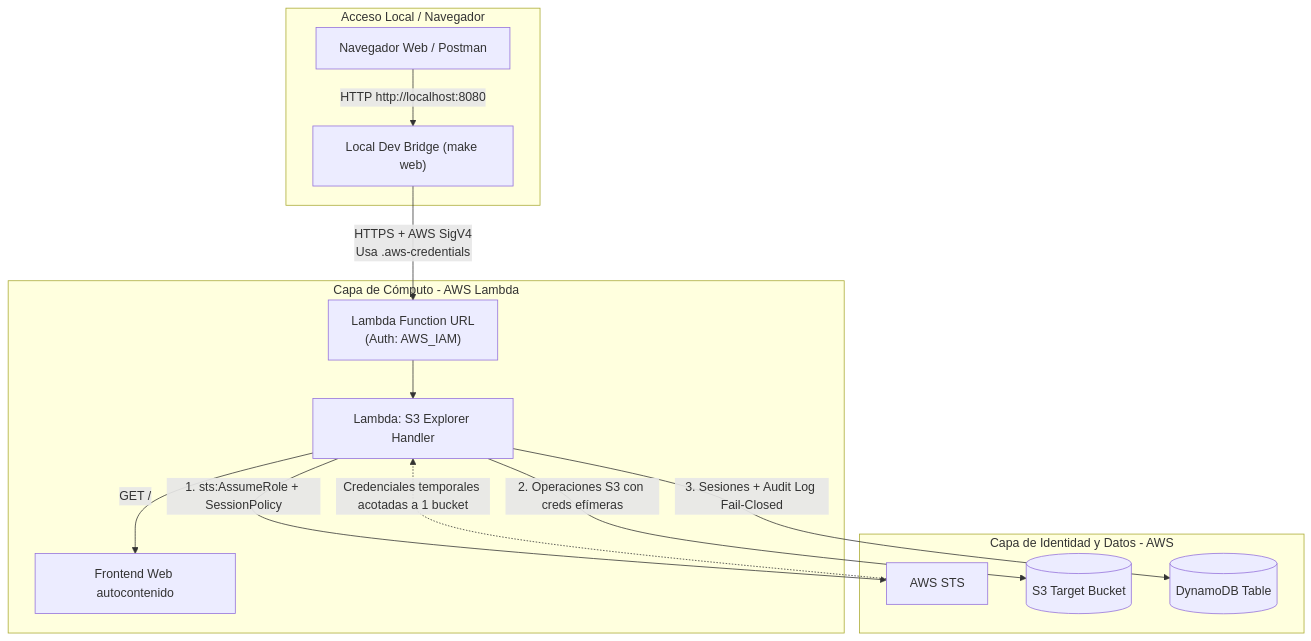
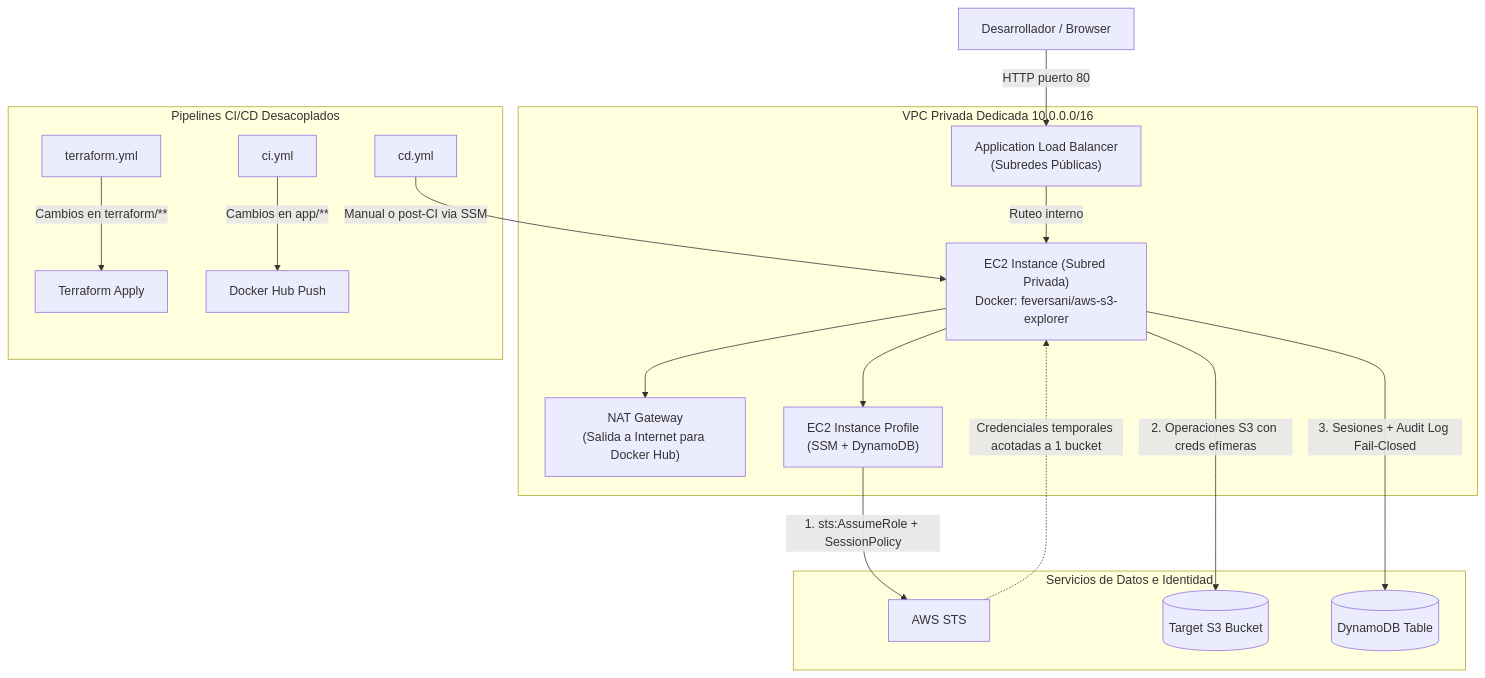
Before and after one commit to feversani-labs/aws-s3-explorer: the diagram in README.md, drawn with Mermaid. The commit also changed other lines of this file and 24 other files, not shown here.

First line of the commit message:
feat: Add Application Load Balancer and EC2 instance for S3 Explorer

````diff
--- a/README.md
+++ b/README.md
@@ -29,20 +23,23 @@
 ```mermaid
 flowchart TB
-    subgraph LocalDev [Acceso Local / Navegador]
-        Browser[Navegador Web / Postman] -->|HTTP http://localhost:8080| DevProxy["Local Dev Bridge (make web)"]
+    Dev[Desarrollador / Browser] -->|HTTP puerto 80| ALB["Application Load Balancer<br>(Subredes Públicas)"]
+    
+    subgraph VPC [VPC Privada Dedicada 10.0.0.0/16]
+        ALB -->|Ruteo interno| EC2["EC2 Instance (Subred Privada)<br>Docker: feversani/aws-s3-explorer"]
+        EC2 --> NAT["NAT Gateway<br>(Salida a Internet para Docker Hub)"]
+        EC2 --> IMDS["EC2 Instance Profile<br>(SSM + DynamoDB)"]
     end
 
-    DevProxy -->|HTTPS + AWS SigV4<br>Usa .aws-credentials| APIGW["Lambda Function URL<br>(Auth: AWS_IAM)"]
-    
-    subgraph ComputeLayer [Capa de Cómputo - AWS Lambda]
-        APIGW --> Lambda["Lambda: S3 Explorer Handler"]
-        Lambda -->|GET /| UI["Frontend Web autocontenido"]
+    subgraph AWS_Services [Servicios de Datos e Identidad]
+        IMDS -->|1. sts:AssumeRole + SessionPolicy| STS[AWS STS]
+        STS -.->|Credenciales temporales acotadas a 1 bucket| EC2
+        EC2 -->|2. Operaciones S3 con creds efímeras| S3[(Target S3 Bucket)]
+        EC2 -->|3. Sesiones + Audit Log Fail-Closed| DDB[(DynamoDB Table)]
     end
 
-    subgraph IdentityAndData [Capa de Identidad y Datos - AWS]
-        Lambda -->|1. sts:AssumeRole + SessionPolicy| STS[AWS STS]
-        STS -.->|Credenciales temporales acotadas a 1 bucket| Lambda
-        Lambda -->|2. Operaciones S3 con creds efímeras| S3[(S3 Target Bucket)]
-        Lambda -->|3. Sesiones + Audit Log Fail-Closed| DDB[(DynamoDB Table)]
+    subgraph Pipelines [Pipelines CI/CD Desacoplados]
+        GHA1["terraform.yml"] -->|Cambios en terraform/**| TF["Terraform Apply"]
+        GHA2["ci.yml"] -->|Cambios en app/**| DH["Docker Hub Push"]
+        GHA3["cd.yml"] -->|Manual o post-CI via SSM| EC2
     end
 ```
````
